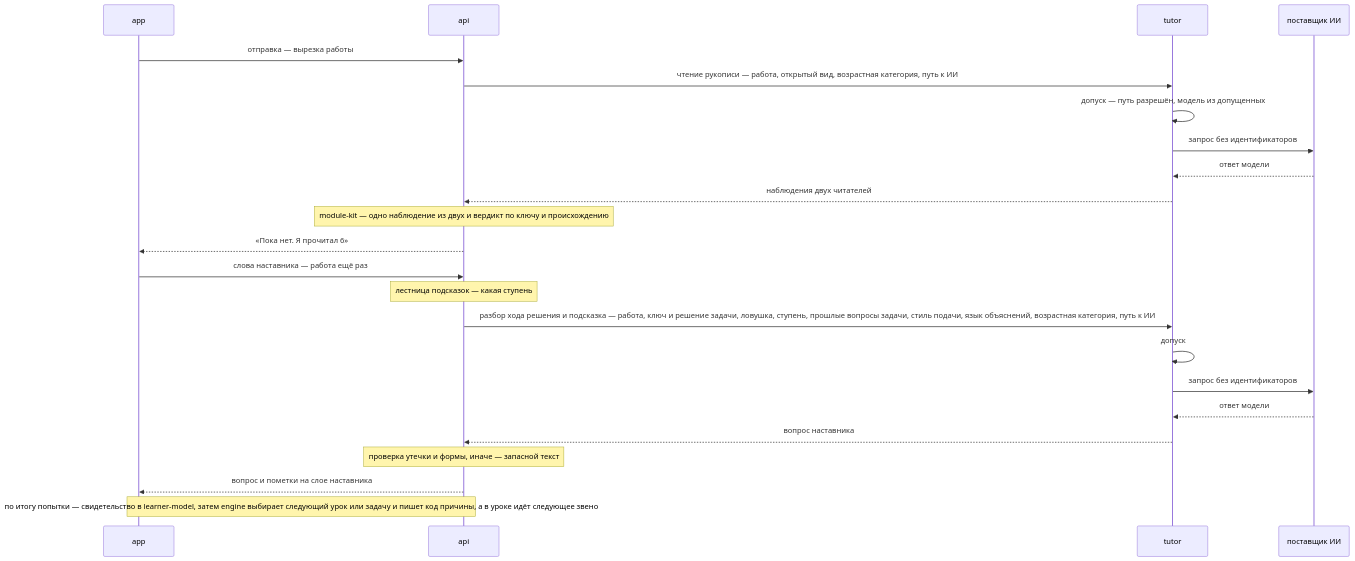
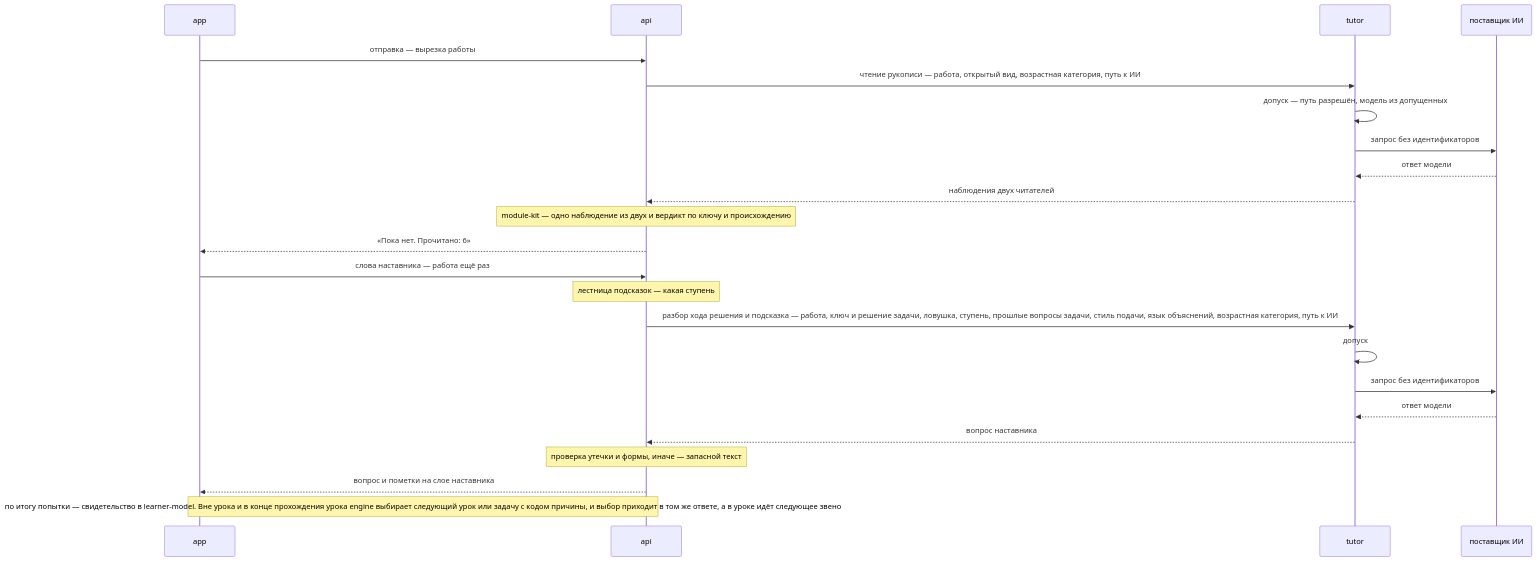
One commit to altnovatrail/spec changed the second of 2 diagrams in docs/architecture.md. Above: the diagram before and after it, drawn with Mermaid. The commit also changed other lines of this file and 10 other files, not shown here.

````diff
--- a/docs/architecture.md
+++ b/docs/architecture.md
@@ -453,25 +465,25 @@
 ```mermaid
 sequenceDiagram
     participant A as app
     participant P as api
     participant T as tutor
     participant M as поставщик ИИ
     A->>P: отправка — вырезка работы
     P->>T: чтение рукописи — работа, открытый вид, возрастная категория, путь к ИИ
     T->>T: допуск — путь разрешён, модель из допущенных
     T->>M: запрос без идентификаторов
     M-->>T: ответ модели
     T-->>P: наблюдения двух читателей
     Note over P: module-kit — одно наблюдение из двух и вердикт по ключу и происхождению
-    P-->>A: «Пока нет. Я прочитал 6»
+    P-->>A: «Пока нет. Прочитано: 6»
     A->>P: слова наставника — работа ещё раз
     Note over P: лестница подсказок — какая ступень
     P->>T: разбор хода решения и подсказка — работа, ключ и решение задачи, ловушка, ступень, прошлые вопросы задачи, стиль подачи, язык объяснений, возрастная категория, путь к ИИ
     T->>T: допуск
     T->>M: запрос без идентификаторов
     M-->>T: ответ модели
     T-->>P: вопрос наставника
     Note over P: проверка утечки и формы, иначе — запасной текст
     P-->>A: вопрос и пометки на слое наставника
-    Note over A,P: по итогу попытки — свидетельство в learner-model, затем engine выбирает следующий урок или задачу и пишет код причины, а в уроке идёт следующее звено
+    Note over A,P: по итогу попытки — свидетельство в learner-model. Вне урока и в конце прохождения урока engine выбирает следующий урок или задачу с кодом причины, и выбор приходит в том же ответе, а в уроке идёт следующее звено
 ```
````
